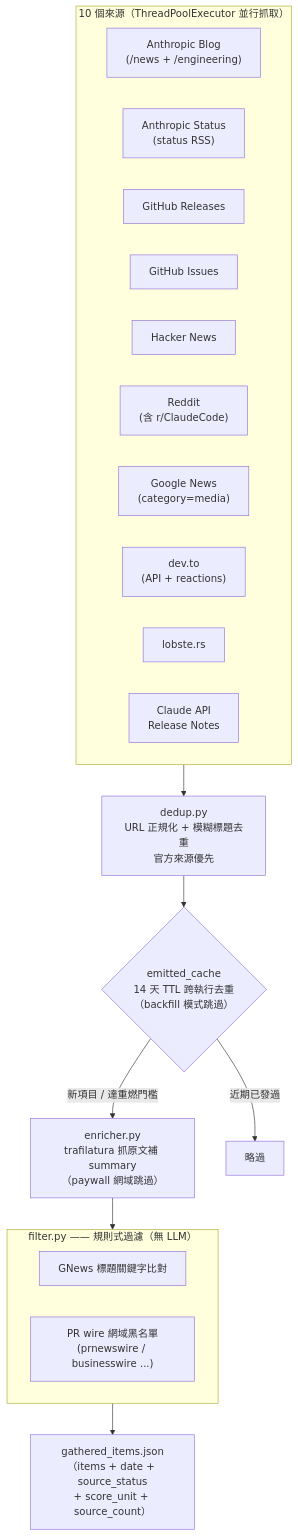
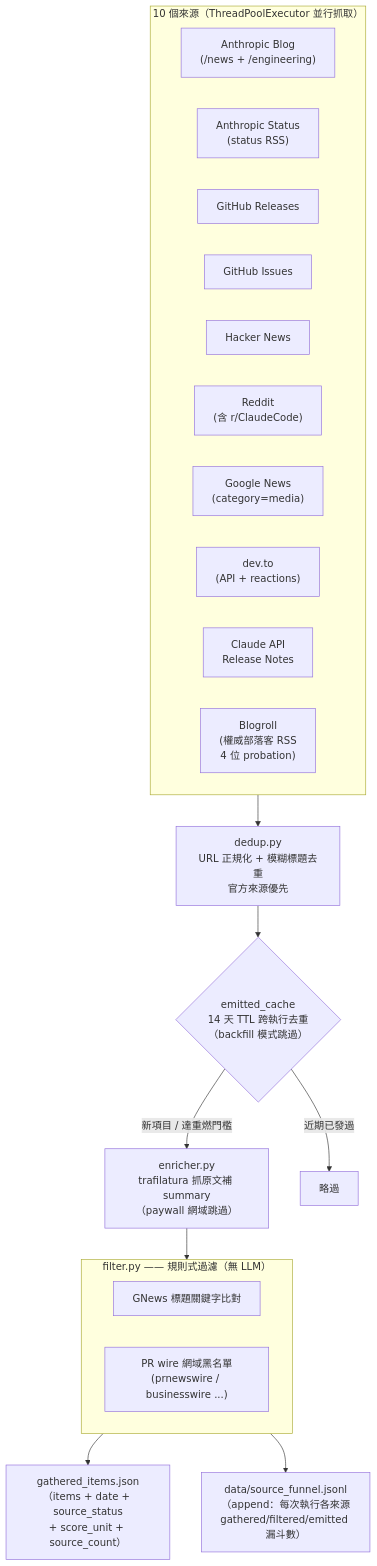
One commit to mandy82477/claude-news changed the second of 6 diagrams in src/DesignDocument/Design Diagram.md. Above: the diagram before and after it, drawn with Mermaid. The commit also changed other lines of this file and 2 other files, not shown here.

First line of the commit message:
docs: 架構文件同步——來源歸因 ledger + 漏斗統計 + blogroll 來源 + 規則治理三層防線

````diff
--- a/src/DesignDocument/Design Diagram.md
+++ b/src/DesignDocument/Design Diagram.md
@@ -53,30 +53,31 @@
 ```mermaid
 flowchart TD
     subgraph SRC["10 個來源（ThreadPoolExecutor 並行抓取）"]
         direction LR
         S1["Anthropic Blog\n(/news + /engineering)"]
         S2["Anthropic Status\n(status RSS)"]
         S3["GitHub Releases"]
         S4["GitHub Issues"]
         S5["Hacker News"]
         S6["Reddit\n(含 r/ClaudeCode)"]
         S7["Google News\n(category=media)"]
         S8["dev.to\n(API + reactions)"]
-        S9["lobste.rs"]
-        S10["Claude API\nRelease Notes"]
+        S9["Claude API\nRelease Notes"]
+        S10["Blogroll\n(權威部落客 RSS\n4 位 probation)"]
     end
 
     SRC --> DEDUP["dedup.py\nURL 正規化 + 模糊標題去重\n官方來源優先"]
     DEDUP --> CACHE{"emitted_cache\n14 天 TTL 跨執行去重\n（backfill 模式跳過）"}
     CACHE -->|新項目 / 達重燃門檻| ENRICH
     CACHE -->|近期已發過| DROP["略過"]
 
     ENRICH["enricher.py\ntrafilatura 抓原文補 summary\n（paywall 網域跳過）"] --> FILTER
 
     subgraph FILTER["filter.py —— 規則式過濾（無 LLM）"]
         F1["GNews 標題關鍵字比對"]
         F2["PR wire 網域黑名單\n(prnewswire / businesswire ...)"]
     end
 
     FILTER --> OUT["gathered_items.json\n（items + date + source_status\n+ score_unit + source_count）"]
+    FILTER --> FUNNEL["data/source_funnel.jsonl\n（append：每次執行各來源\ngathered/filtered/emitted 漏斗數）"]
 ```
````
